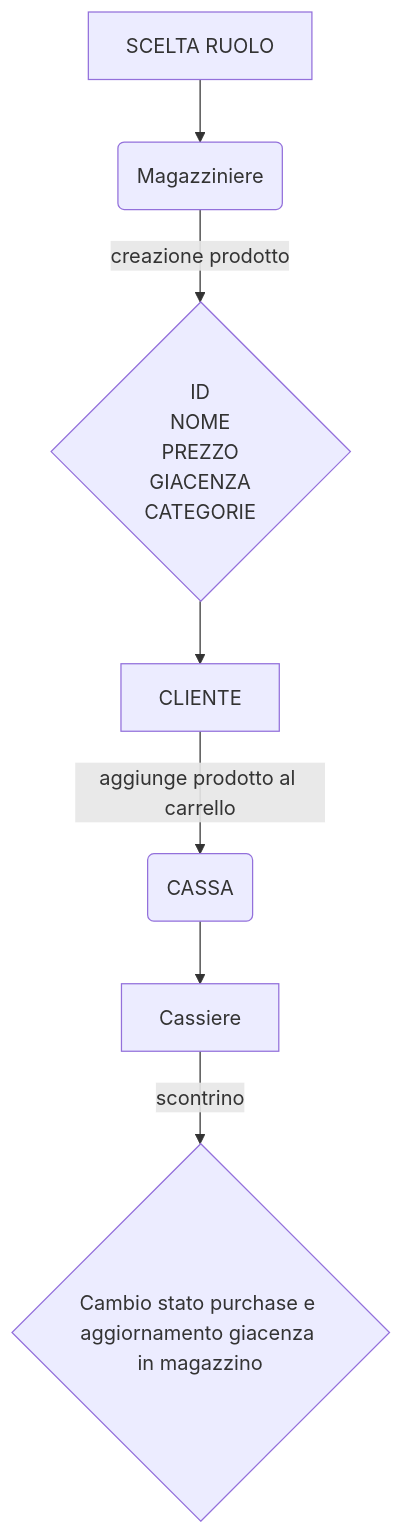
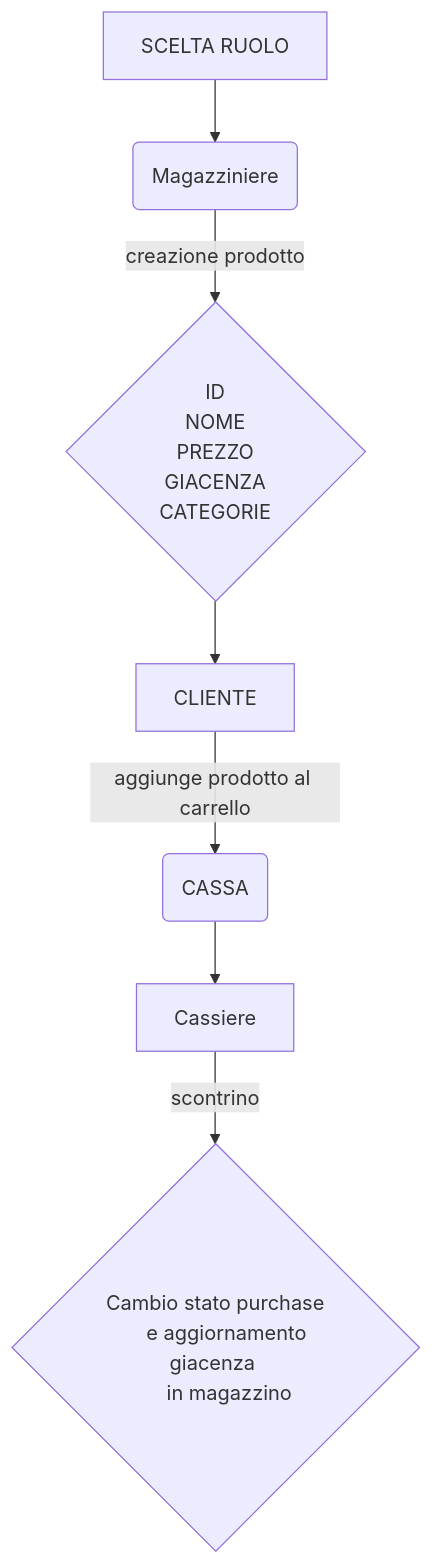
Before and after one commit to annapintoanita/dev2_2024: the diagram in 04 - Assignment/19_SupermercatoAdvanced/README.md, drawn with Mermaid. The commit also changed other lines of this file and 13 other files, not shown here.

````diff
--- a/04 - Assignment/19_SupermercatoAdvanced/README.md
+++ b/04 - Assignment/19_SupermercatoAdvanced/README.md
@@ -73,13 +73,15 @@
 ```mermaid
 flowchart TD
    A[SCELTA RUOLO] --> B(Magazziniere) --> |creazione prodotto|C
     C{ID
     NOME
     PREZZO
     GIACENZA
     CATEGORIE
     }-->D
     D[CLIENTE] --> |aggiunge prodotto al carrello|E
-    E(CASSA) --> F[Cassiere]-->|scontrino|G{Cambio stato purchase e aggiornamento giacenza in magazzino}
+    E(CASSA) --> F[Cassiere]-->|scontrino|G{Cambio stato purchase
+     e aggiornamento giacenza 
+     in magazzino}
    
 ```
````
